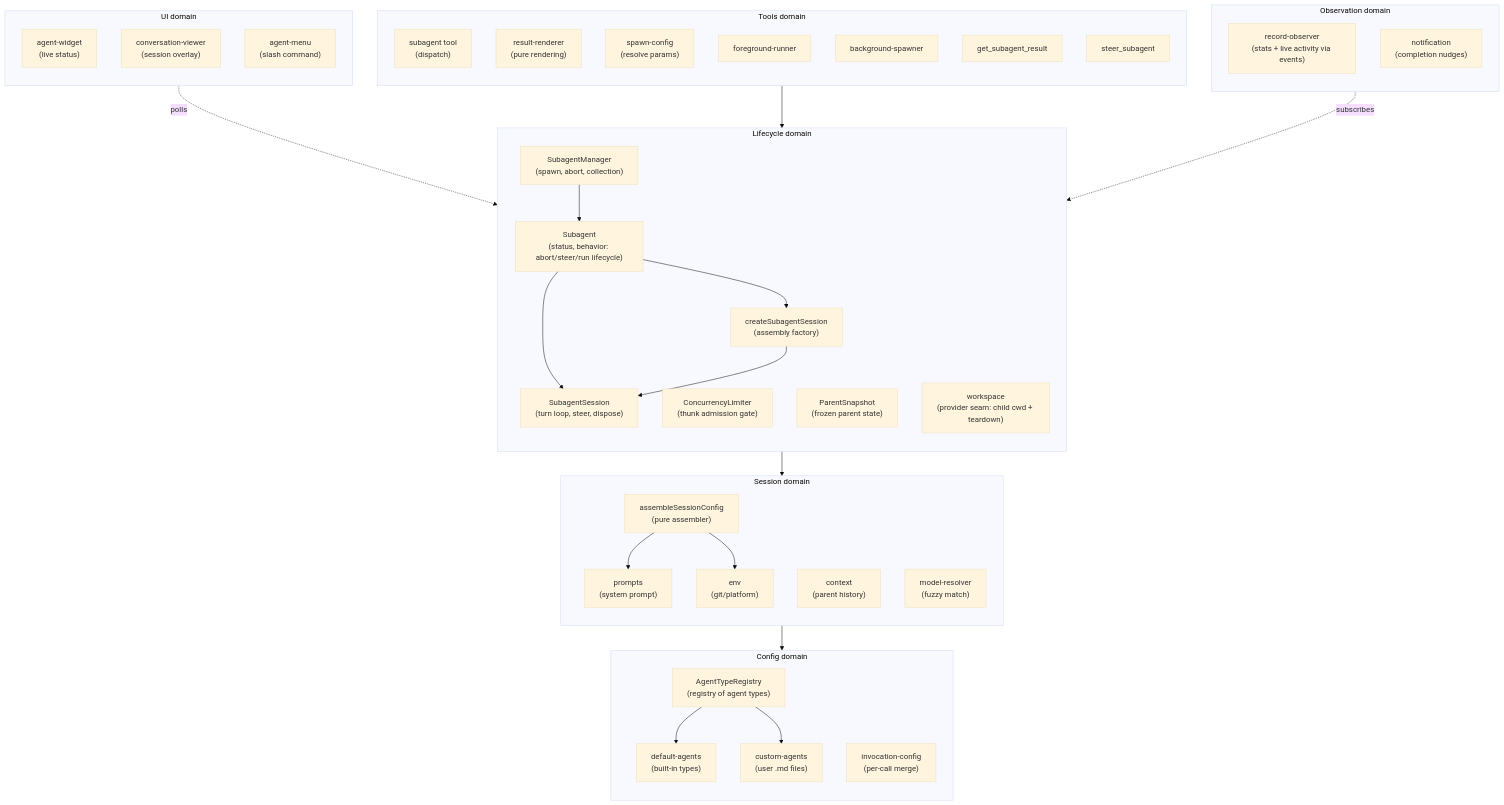
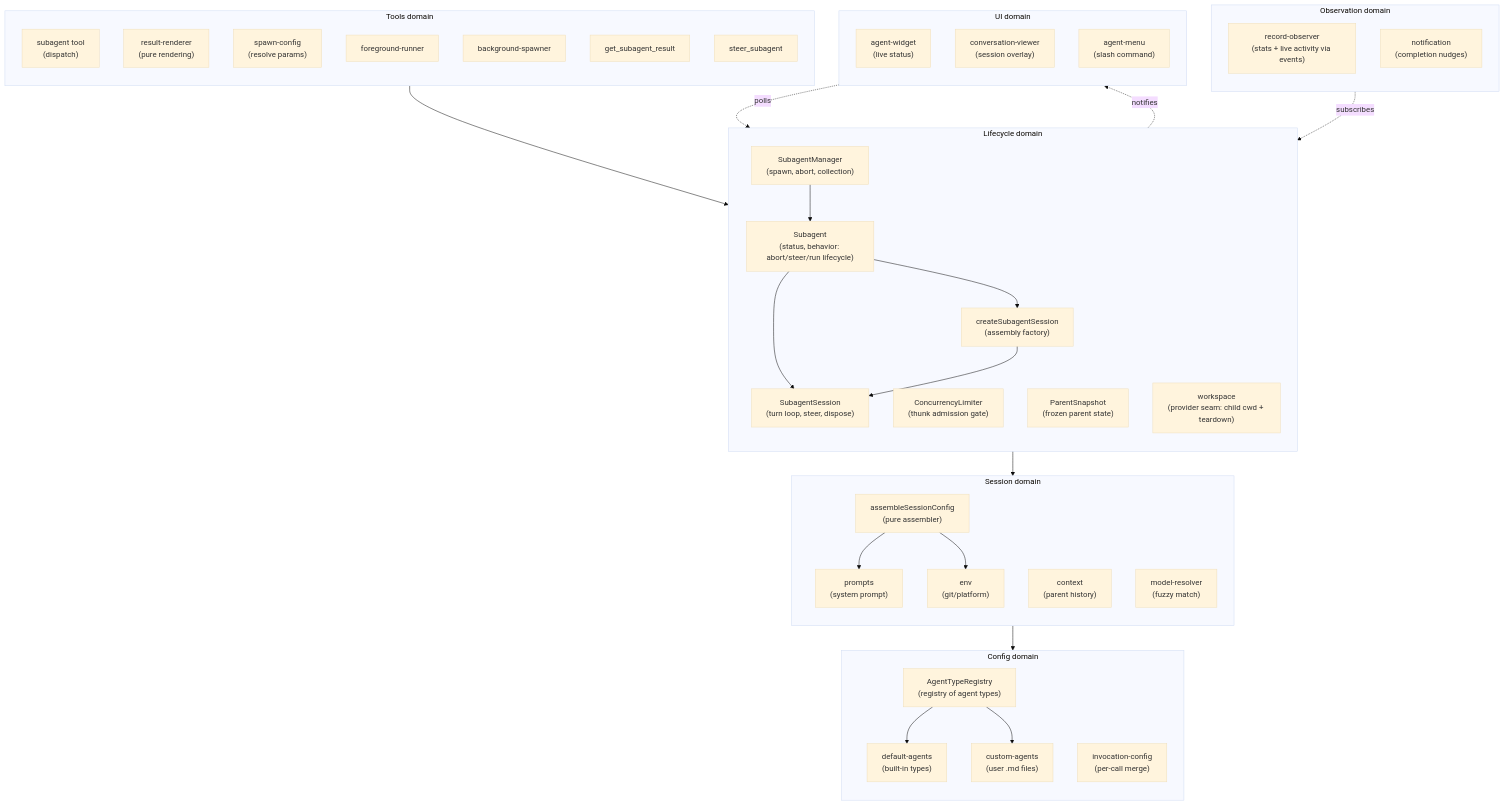
Before and after one commit to ttdua/pi-subagents: the first of 6 diagrams in docs/architecture/architecture.md, drawn with Mermaid (base theme). The commit also changed other lines of this file, not shown here.

Commit message:
docs: mark Phase 18 Step 4 complete and record the widget self-drive (#423)

````diff
--- a/docs/architecture/architecture.md
+++ b/docs/architecture/architecture.md
@@ -34,65 +34,66 @@
 ```mermaid
 flowchart TB
     subgraph config["Config domain"]
         direction TB
         AgentTypeRegistry["AgentTypeRegistry<br/>(registry of agent types)"]
         DefaultAgents["default-agents<br/>(built-in types)"]
         CustomAgents["custom-agents<br/>(user .md files)"]
         InvocationConfig["invocation-config<br/>(per-call merge)"]
     end
 
     subgraph session["Session domain"]
         direction TB
         SessionConfig["assembleSessionConfig<br/>(pure assembler)"]
         Prompts["prompts<br/>(system prompt)"]
         Context["context<br/>(parent history)"]
         Env["env<br/>(git/platform)"]
         ModelResolver["model-resolver<br/>(fuzzy match)"]
     end
 
     subgraph lifecycle["Lifecycle domain"]
         direction TB
         SubagentManager["SubagentManager<br/>(spawn, abort, collection)"]
         ConcurrencyLimiter["ConcurrencyLimiter<br/>(thunk admission gate)"]
         CreateSubagentSession["createSubagentSession<br/>(assembly factory)"]
         SubagentSession["SubagentSession<br/>(turn loop, steer, dispose)"]
         Subagent["Subagent<br/>(status, behavior: abort/steer/run lifecycle)"]
         ParentSnapshot["ParentSnapshot<br/>(frozen parent state)"]
         Workspace["workspace<br/>(provider seam: child cwd + teardown)"]
     end
 
     subgraph observation["Observation domain"]
         direction TB
         RecordObserver["record-observer<br/>(stats + live activity via events)"]
         Notification["notification<br/>(completion nudges)"]
     end
 
     subgraph tools["Tools domain"]
         direction TB
         AgentTool["subagent tool<br/>(dispatch)"]
         ResultRenderer["result-renderer<br/>(pure rendering)"]
         SpawnConfig["spawn-config<br/>(resolve params)"]
         FgRunner["foreground-runner"]
         BgSpawner["background-spawner"]
         GetResult["get_subagent_result"]
         Steer["steer_subagent"]
     end
 
     subgraph ui["UI domain"]
         direction TB
         Widget["agent-widget<br/>(live status)"]
         ConvViewer["conversation-viewer<br/>(session overlay)"]
         Menu["agent-menu<br/>(slash command)"]
     end
 
     AgentTool --> SubagentManager
     SubagentManager --> Subagent
     Subagent --> CreateSubagentSession & SubagentSession
     CreateSubagentSession --> SubagentSession
     CreateSubagentSession --> SessionConfig
     SessionConfig --> AgentTypeRegistry
     SessionConfig --> Prompts & Env
     AgentTypeRegistry --> DefaultAgents & CustomAgents
     RecordObserver -.->|subscribes| SubagentSession
     Widget -.->|polls| SubagentManager
+    SubagentManager -.->|notifies| Widget
 ```
````
